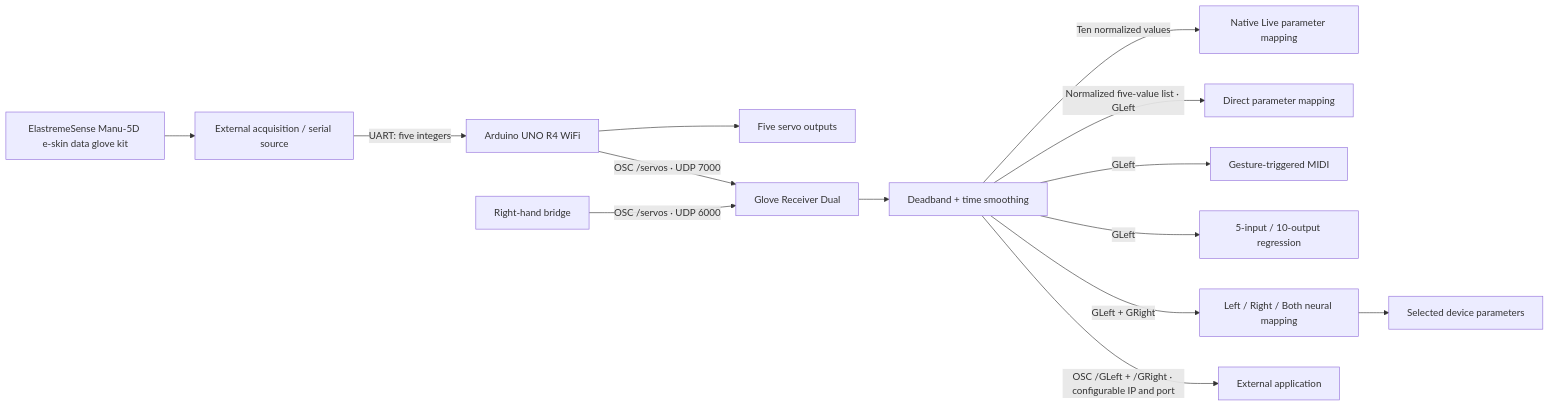
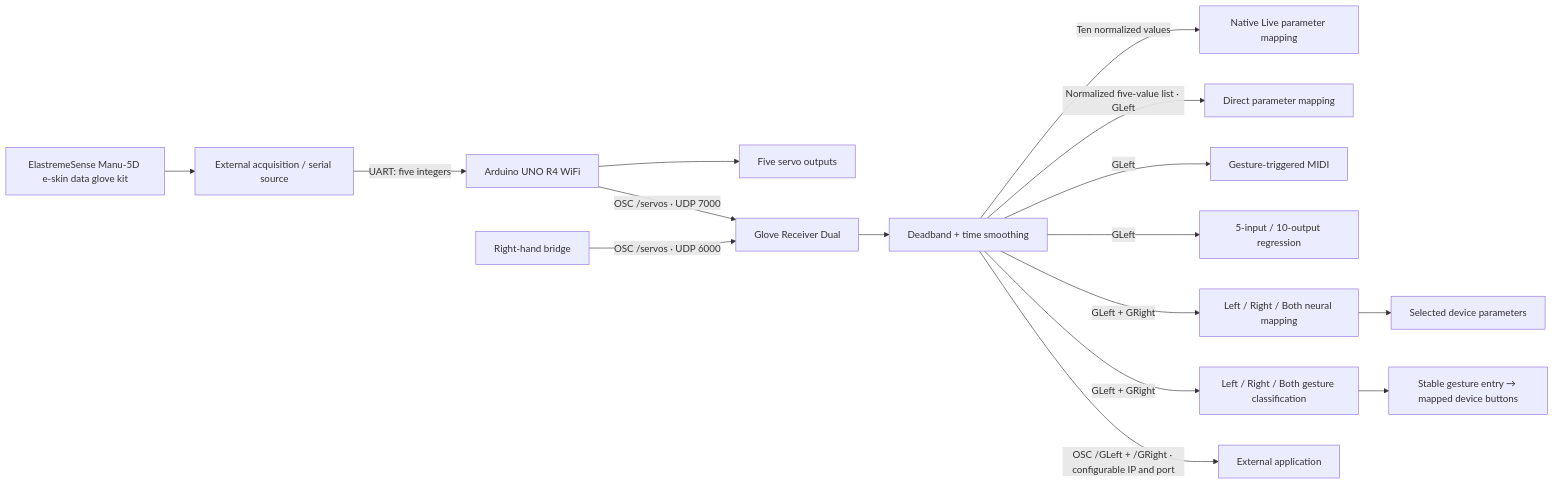
Before and after one commit to lingyuanyangg/glove-system: the diagram in README.md, drawn with Mermaid. The commit also changed other lines of this file and 36 other files, not shown here.

Commit message:
Add FluCoMa glove gesture classification with six illustrated poses and Live button mapping

````diff
--- a/README.md
+++ b/README.md
@@ -11,16 +13,18 @@
 ```mermaid
 flowchart LR
     G[ElastremeSense Manu-5D e-skin data glove kit] --> I[External acquisition / serial source]
     I -->|UART: five integers| A[Arduino UNO R4 WiFi]
     A --> S[Five servo outputs]
     A -->|OSC /servos · UDP 7000| R[Glove Receiver Dual]
     A2[Right-hand bridge] -->|OSC /servos · UDP 6000| R
     R --> F[Deadband + time smoothing]
     F -->|Ten normalized values| L[Native Live parameter mapping]
     F -->|Normalized five-value list · GLeft| D[Direct parameter mapping]
     F -->|GLeft| B[Gesture-triggered MIDI]
     F -->|GLeft| M[5-input / 10-output regression]
     F -->|GLeft + GRight| N[Left / Right / Both neural mapping]
     N --> P[Selected device parameters]
+    F -->|GLeft + GRight| C[Left / Right / Both gesture classification]
+    C --> T[Stable gesture entry → mapped device buttons]
     F -->|OSC /GLeft + /GRight · configurable IP and port| X[External application]
 ```
````
